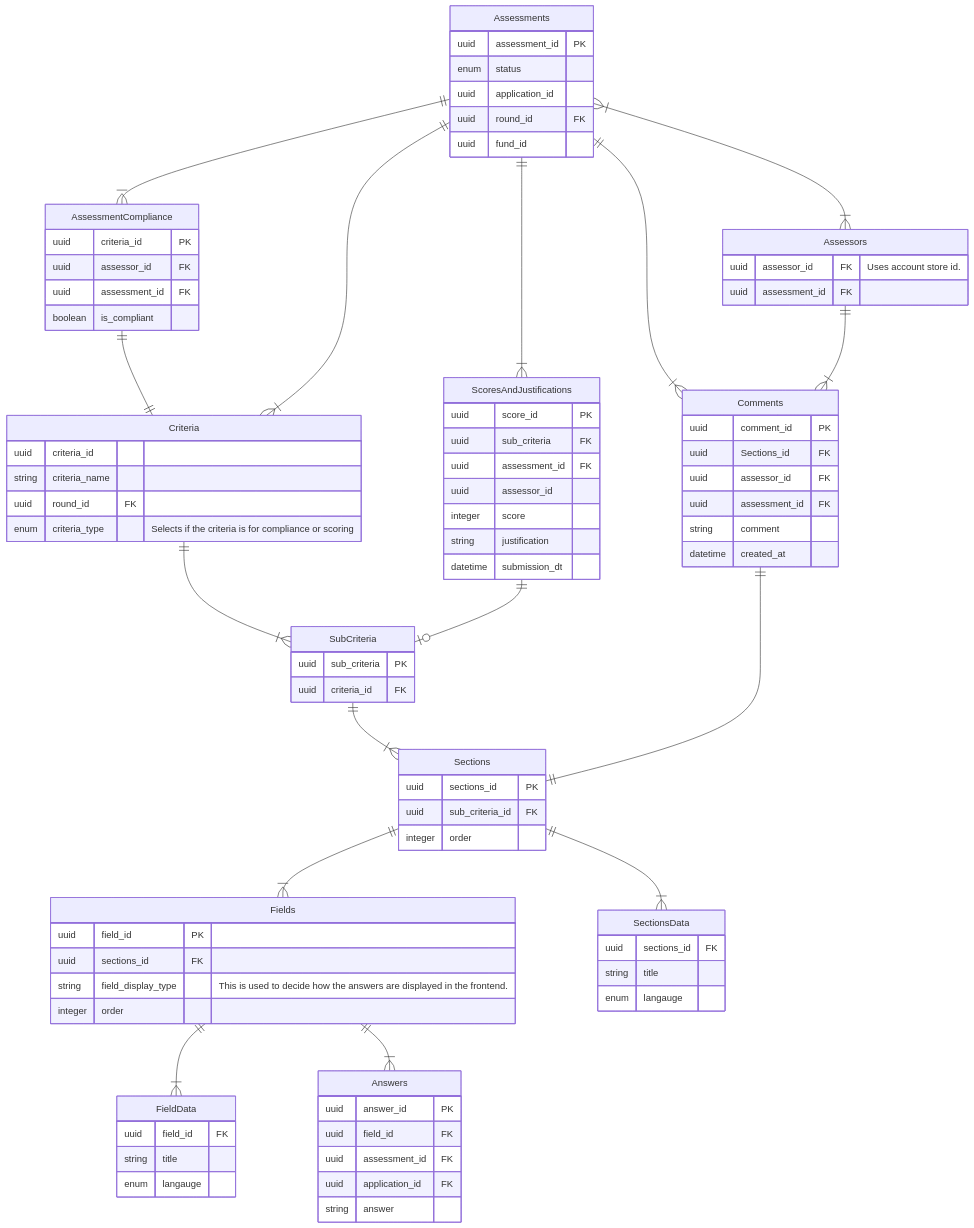
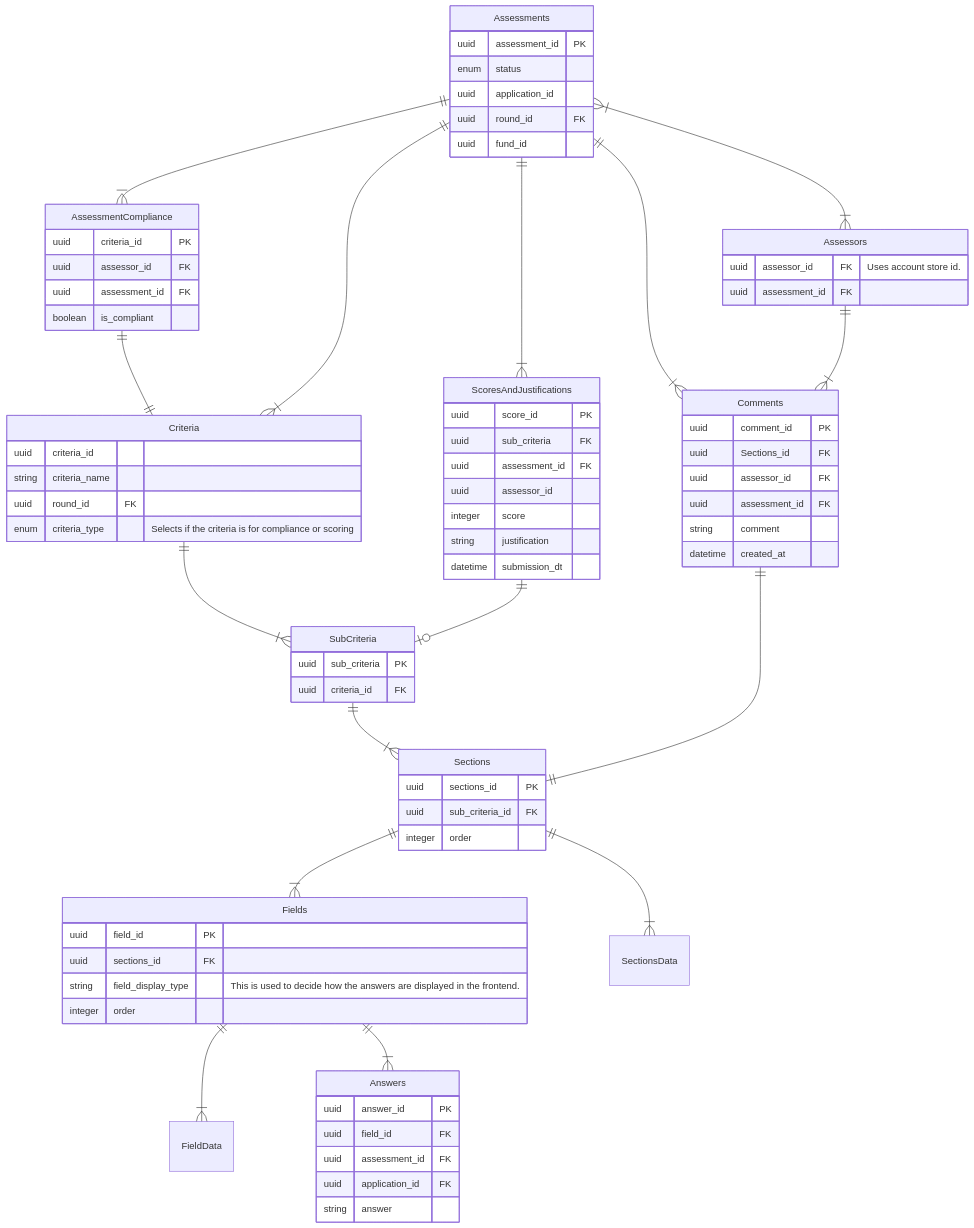
Before and after one commit to communitiesuk/funding-service-design-assessment-store: the diagram in diagrams/db_diagram.md, drawn with Mermaid.

```diff
--- a/diagrams/db_diagram.md
+++ b/diagrams/db_diagram.md
@@ -31,16 +31,6 @@
 		uuid sections_id FK
 		string field_display_type "This is used to decide how the answers are displayed in the frontend."
 		integer order
-	}
-	SectionsData {
-		uuid sections_id FK
-		string title
-		enum langauge
-	}
-	FieldData {
-		uuid field_id FK
-		string title
-		enum langauge		
 	}
 	Answers {
 		uuid answer_id PK
```
